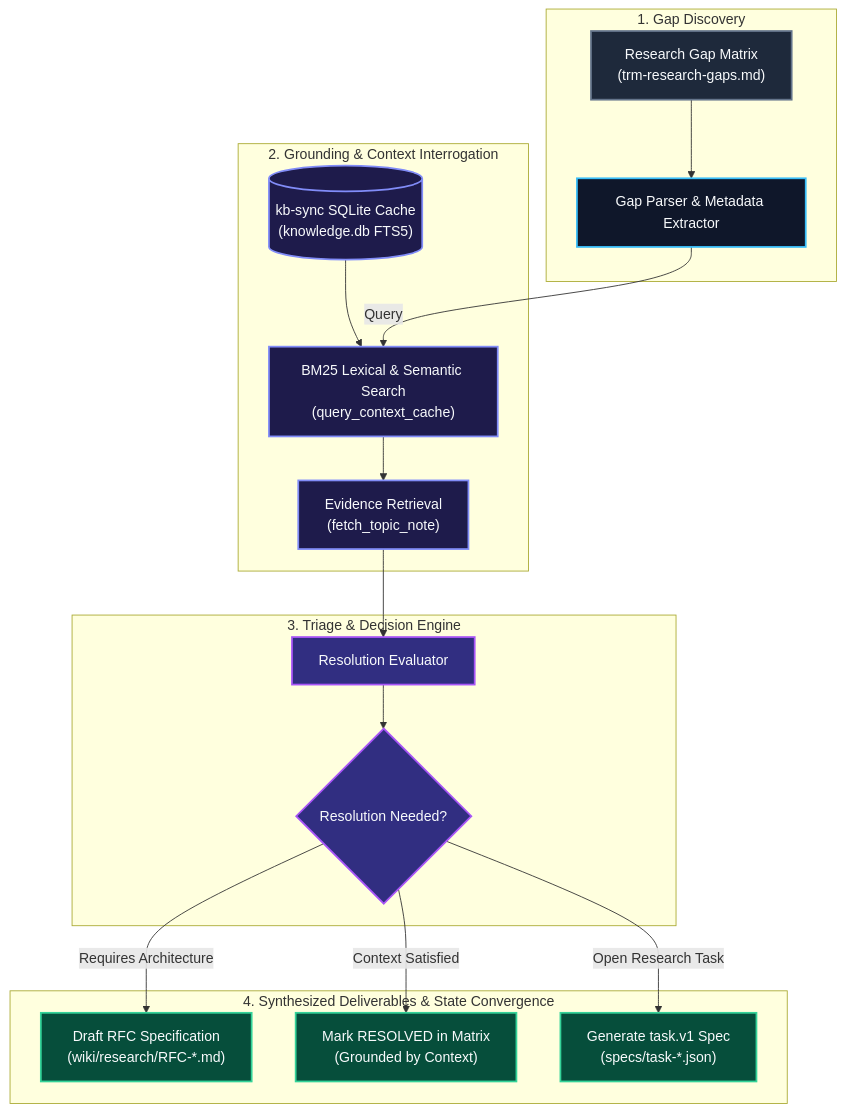
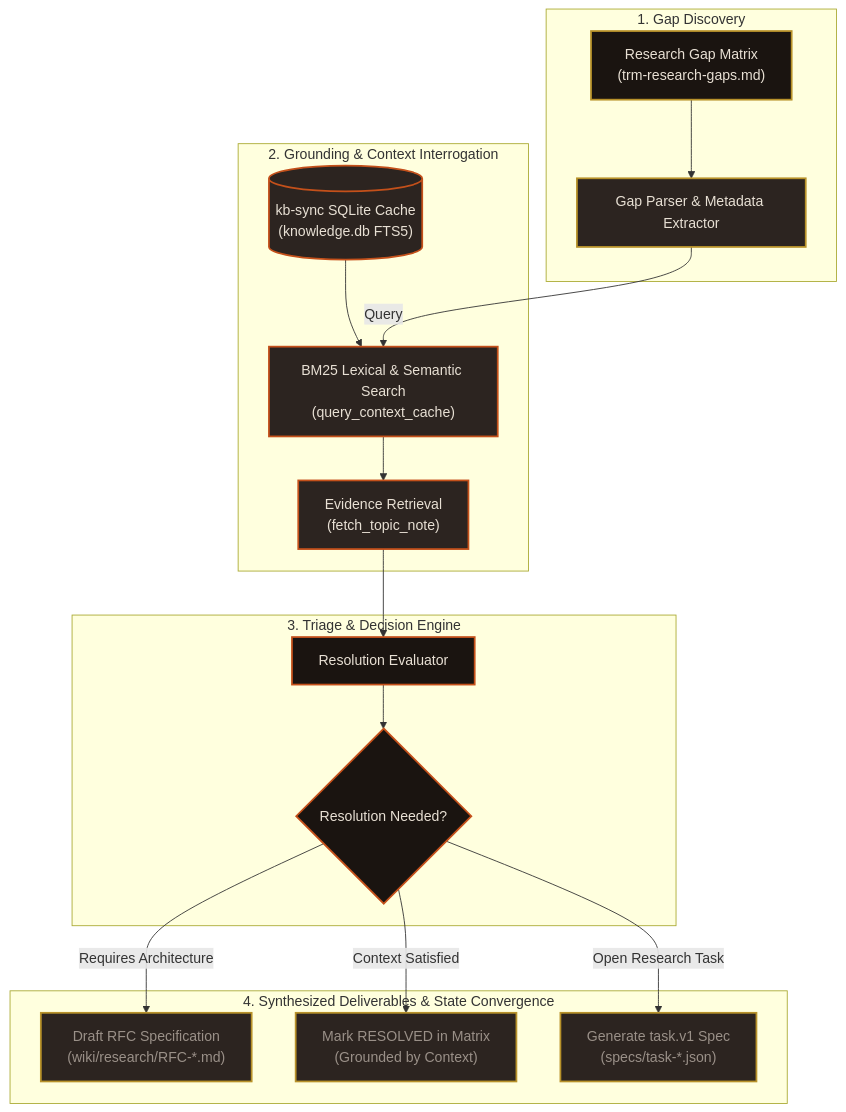
One commit to sorensencc-dotcom/TRM changed the diagram in wiki/Closed-Loop-Gap-Triage-&-RFC-Synthesis.md. Above: the diagram before and after it, drawn with Mermaid. The commit also changed 25 other files, not shown here.

First line of the commit message:
docs(wiki): regenerate diagrams from CIC Industrial tokens (W11)

````diff
--- a/wiki/Closed-Loop-Gap-Triage-&-RFC-Synthesis.md
+++ b/wiki/Closed-Loop-Gap-Triage-&-RFC-Synthesis.md
@@ -37,43 +37,43 @@
 ```mermaid
 flowchart TD
-    classDef inputStyle fill:#1e293b,stroke:#64748b,stroke-width:2px,color:#f8fafc;
-    classDef stageStyle fill:#0f172a,stroke:#38bdf8,stroke-width:2px,color:#f8fafc;
-    classDef cacheStyle fill:#1e1b4b,stroke:#818cf8,stroke-width:2px,color:#f8fafc;
-    classDef gateStyle fill:#312e81,stroke:#a855f7,stroke-width:2px,color:#f8fafc;
-    classDef syncStyle fill:#064e3b,stroke:#34d399,stroke-width:2px,color:#f8fafc;
+    classDef inputStyle fill:#1A1410,stroke:#B8922A,stroke-width:2px,color:#E8E0D4;
+    classDef stageStyle fill:#2C2420,stroke:#B8922A,stroke-width:2px,color:#E8E0D4;
+    classDef cacheStyle fill:#2C2420,stroke:#C4501A,stroke-width:2px,color:#E8E0D4;
+    classDef gateStyle fill:#1A1410,stroke:#C4501A,stroke-width:2px,color:#E8E0D4;
+    classDef syncStyle fill:#2C2420,stroke:#B8922A,stroke-width:2px,color:#9A9088;
 
     subgraph Discovery["1. Gap Discovery"]
         G_INPUT["Research Gap Matrix<br/>(trm-research-gaps.md)"]:::inputStyle
         G_PARSE["Gap Parser & Metadata Extractor"]:::stageStyle
         G_INPUT --> G_PARSE
     end
 
     subgraph ContextCache["2. Grounding & Context Interrogation"]
         CACHE_DB[("kb-sync SQLite Cache<br/>(knowledge.db FTS5)")]:::cacheStyle
         BM25_SEARCH["BM25 Lexical & Semantic Search<br/>(query_context_cache)"]:::cacheStyle
         FETCH_NOTE["Evidence Retrieval<br/>(fetch_topic_note)"]:::cacheStyle
         
         CACHE_DB --> BM25_SEARCH
         BM25_SEARCH --> FETCH_NOTE
     end
 
     G_PARSE -->|Query| BM25_SEARCH
 
     subgraph DecisionEngine["3. Triage & Decision Engine"]
         EVAL["Resolution Evaluator"]:::gateStyle
         DEC_RFC{"Resolution Needed?"}:::gateStyle
         
         FETCH_NOTE --> EVAL
         EVAL --> DEC_RFC
     end
 
     subgraph Output["4. Synthesized Deliverables & State Convergence"]
         RFC_DRAFT["Draft RFC Specification<br/>(wiki/research/RFC-*.md)"]:::syncStyle
         MARK_RESOLVED["Mark RESOLVED in Matrix<br/>(Grounded by Context)"]:::syncStyle
         OPEN_TASK["Generate task.v1 Spec<br/>(specs/task-*.json)"]:::syncStyle
         
         DEC_RFC -->|Requires Architecture| RFC_DRAFT
         DEC_RFC -->|Context Satisfied| MARK_RESOLVED
         DEC_RFC -->|Open Research Task| OPEN_TASK
     end
 ```
````
